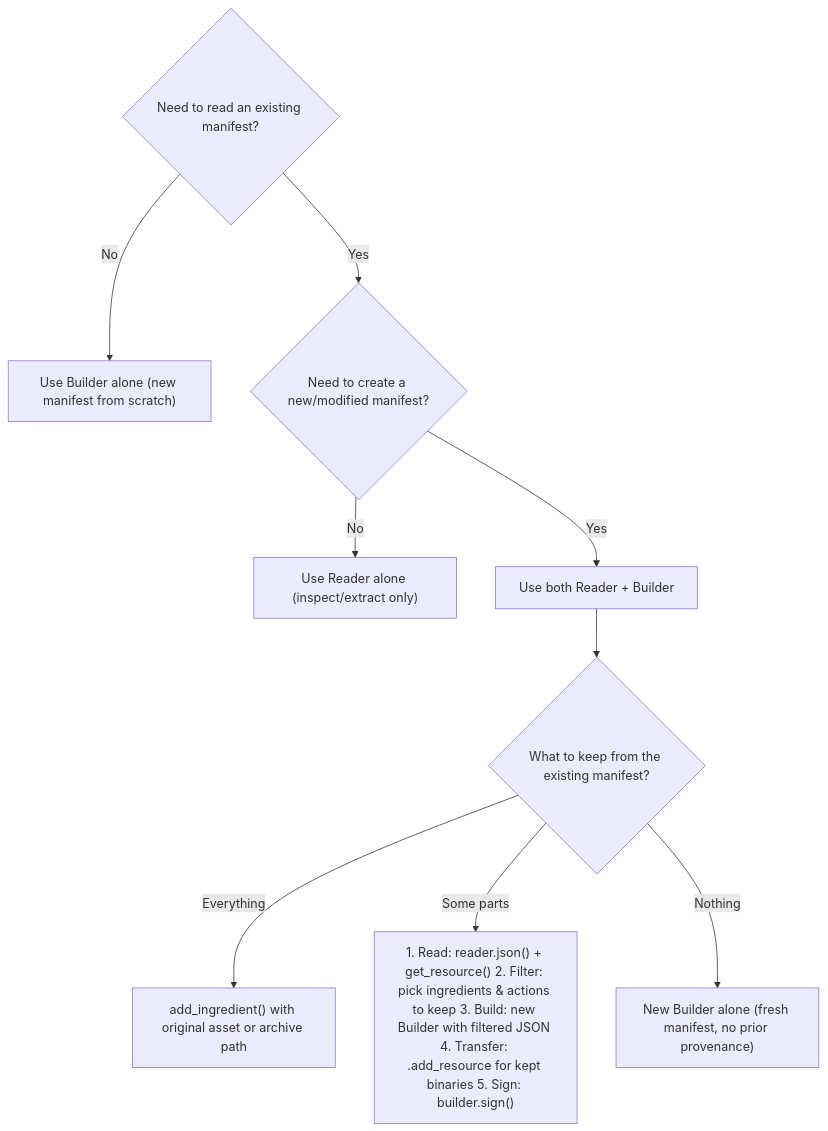
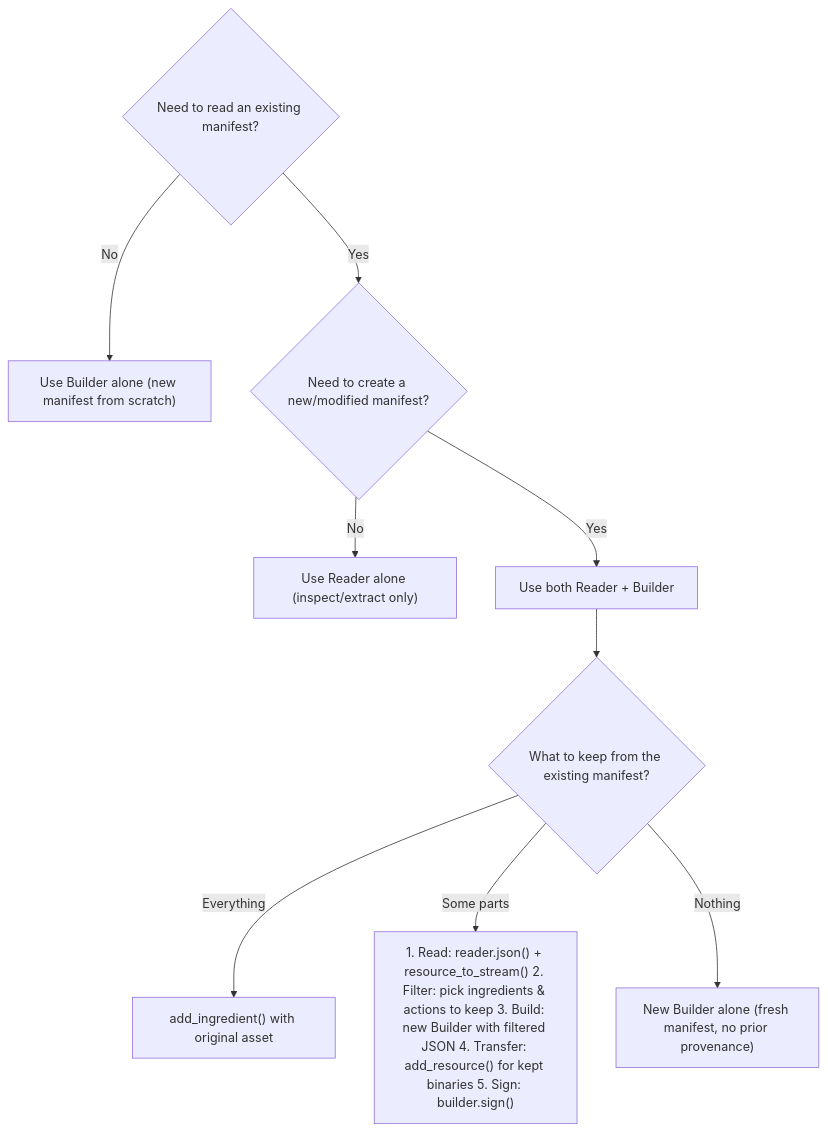
The diagram in docs/faqs.md (contentauth/c2pa-python), drawn with Mermaid before and after one commit. The commit also changed other lines of this file and 2 other files, not shown here.

````diff
--- a/docs/faqs.md
+++ b/docs/faqs.md
@@ -7,12 +7,12 @@
 ```mermaid
 flowchart TD
     Q1{Need to read an existing manifest?}
     Q1 -->|No| USE_B["Use Builder alone (new manifest from scratch)"]
     Q1 -->|Yes| Q2{Need to create a new/modified manifest?}
     Q2 -->|No| USE_R["Use Reader alone (inspect/extract only)"]
     Q2 -->|Yes| USE_BR[Use both Reader + Builder]
     USE_BR --> Q3{What to keep from the existing manifest?}
-    Q3 -->|Everything| P1["add_ingredient() with original asset or archive path"]
-    Q3 -->|Some parts| P2["1. Read: reader.json() + get_resource() 2. Filter: pick ingredients & actions to keep 3. Build: new Builder with filtered JSON 4. Transfer: .add_resource for kept binaries 5. Sign: builder.sign()"]
+    Q3 -->|Everything| P1["add_ingredient() with original asset"]
+    Q3 -->|Some parts| P2["1. Read: reader.json() + resource_to_stream() 2. Filter: pick ingredients & actions to keep 3. Build: new Builder with filtered JSON 4. Transfer: add_resource() for kept binaries 5. Sign: builder.sign()"]
     Q3 -->|Nothing| P3["New Builder alone (fresh manifest, no prior provenance)"]
 ```
````
